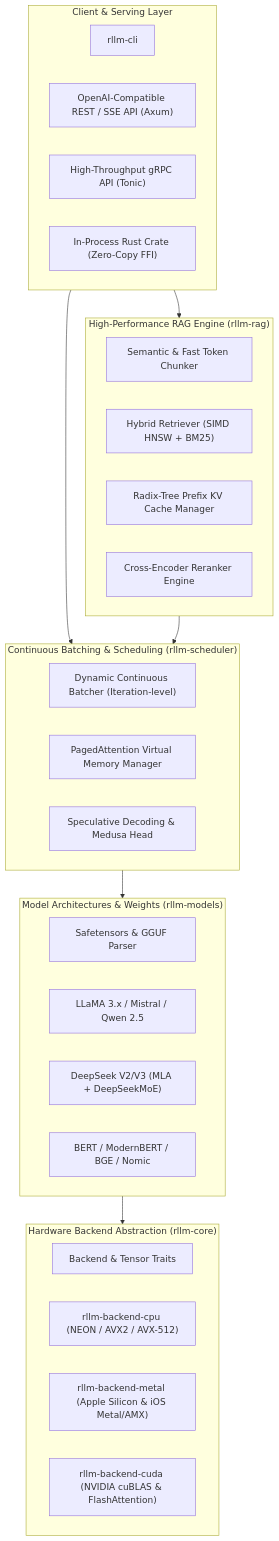
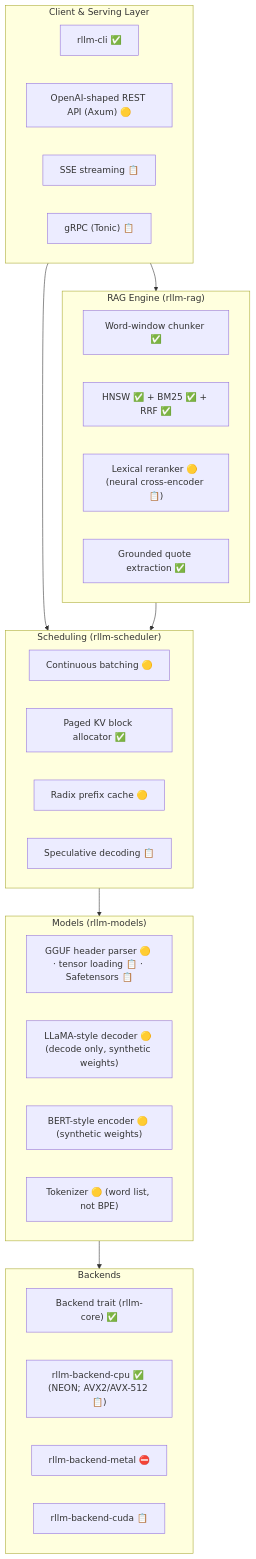
The diagram in docs/ARCHITECTURE.md (tovganesh/rllm), drawn with Mermaid before and after one commit. The commit also changed other lines of this file and 2 other files, not shown here.

````diff
--- a/docs/ARCHITECTURE.md
+++ b/docs/ARCHITECTURE.md
@@ -9,42 +11,43 @@
 ```mermaid
 flowchart TD
     subgraph ClientLayer ["Client & Serving Layer"]
-        CLI["rllm-cli"]
-        HTTP["OpenAI-Compatible REST / SSE API (Axum)"]
-        GRPC["High-Throughput gRPC API (Tonic)"]
-        EMBED_SDK["In-Process Rust Crate (Zero-Copy FFI)"]
+        CLI["rllm-cli ✅"]
+        HTTP["OpenAI-shaped REST API (Axum) 🟡"]
+        SSE["SSE streaming 📋"]
+        GRPC["gRPC (Tonic) 📋"]
     end
 
-    subgraph RagEngine ["High-Performance RAG Engine (rllm-rag)"]
-        Chunker["Semantic & Fast Token Chunker"]
-        HybridIndex["Hybrid Retriever (SIMD HNSW + BM25)"]
-        RadixCache["Radix-Tree Prefix KV Cache Manager"]
-        Reranker["Cross-Encoder Reranker Engine"]
+    subgraph RagEngine ["RAG Engine (rllm-rag)"]
+        Chunker["Word-window chunker ✅"]
+        HybridIndex["HNSW ✅ + BM25 ✅ + RRF ✅"]
+        Reranker["Lexical reranker 🟡 (neural cross-encoder 📋)"]
+        Grounding["Grounded quote extraction ✅"]
     end
 
-    subgraph SchedulerLayer ["Continuous Batching & Scheduling (rllm-scheduler)"]
-        Batcher["Dynamic Continuous Batcher (Iteration-level)"]
-        PagedAttn["PagedAttention Virtual Memory Manager"]
-        SpecDec["Speculative Decoding & Medusa Head"]
+    subgraph SchedulerLayer ["Scheduling (rllm-scheduler)"]
+        Batcher["Continuous batching 🟡"]
+        Paged["Paged KV block allocator ✅"]
+        Radix["Radix prefix cache 🟡"]
+        SpecDec["Speculative decoding 📋"]
     end
 
-    subgraph ModelLayer ["Model Architectures & Weights (rllm-models)"]
-        Weights["Safetensors & GGUF Parser"]
-        Llama["LLaMA 3.x / Mistral / Qwen 2.5"]
-        DeepSeek["DeepSeek V2/V3 (MLA + DeepSeekMoE)"]
-        EmbedModels["BERT / ModernBERT / BGE / Nomic"]
+    subgraph ModelLayer ["Models (rllm-models)"]
+        Weights["GGUF header parser 🟡 · tensor loading 📋 · Safetensors 📋"]
+        Llama["LLaMA-style decoder 🟡 (decode only, synthetic weights)"]
+        Embed["BERT-style encoder 🟡 (synthetic weights)"]
+        Tok["Tokenizer 🟡 (word list, not BPE)"]
     end
 
-    subgraph ComputeLayer ["Hardware Backend Abstraction (rllm-core)"]
-        Trait["Backend & Tensor Traits"]
-        CPU["rllm-backend-cpu (NEON / AVX2 / AVX-512)"]
-        Metal["rllm-backend-metal (Apple Silicon & iOS Metal/AMX)"]
-        CUDA["rllm-backend-cuda (NVIDIA cuBLAS & FlashAttention)"]
+    subgraph ComputeLayer ["Backends"]
+        Trait["Backend trait (rllm-core) ✅"]
+        CPU["rllm-backend-cpu ✅ (NEON; AVX2/AVX-512 📋)"]
+        Metal["rllm-backend-metal ⛔"]
+        CUDA["rllm-backend-cuda 📋"]
     end
 
     ClientLayer --> RagEngine
     ClientLayer --> SchedulerLayer
     RagEngine --> SchedulerLayer
     SchedulerLayer --> ModelLayer
     ModelLayer --> ComputeLayer
 ```
````
